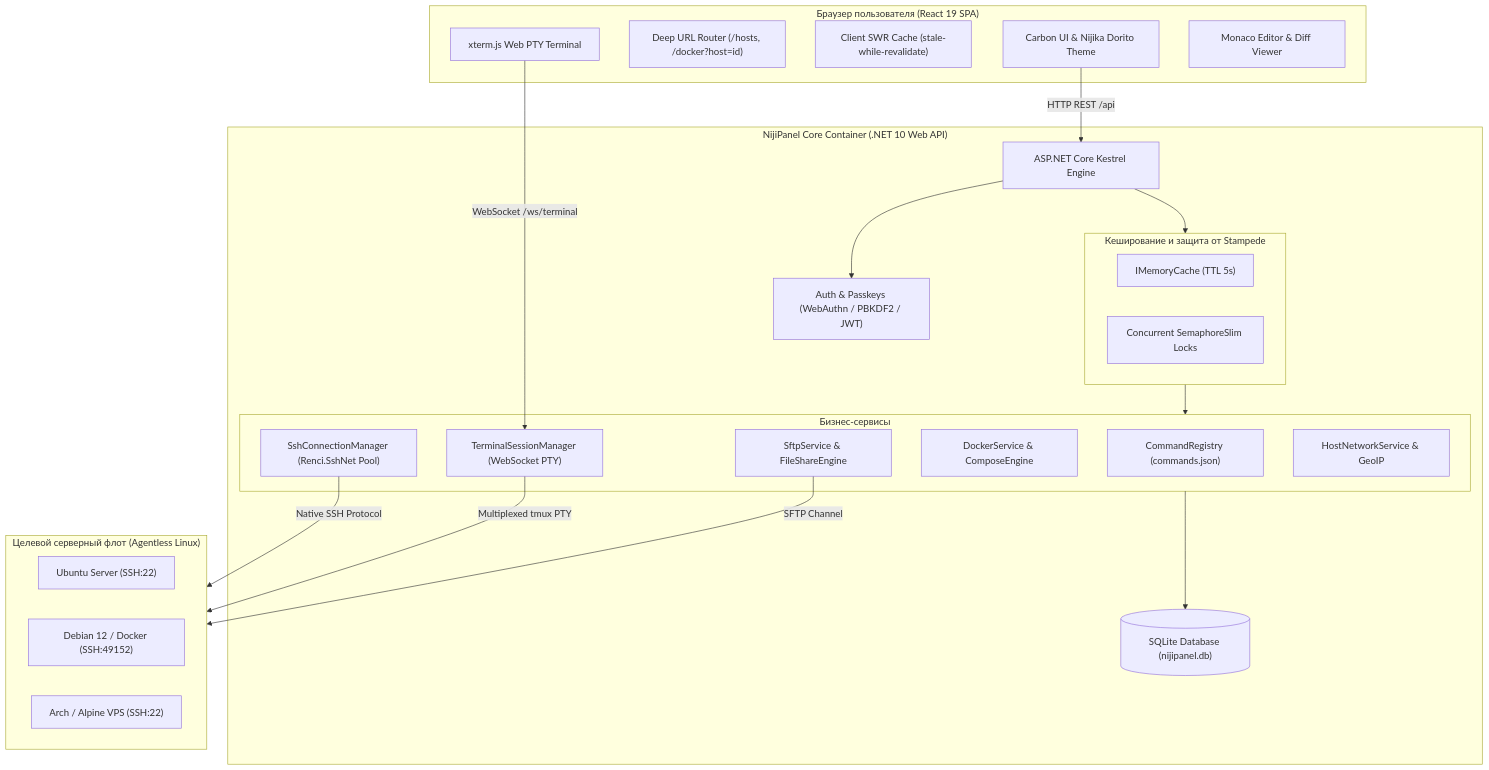
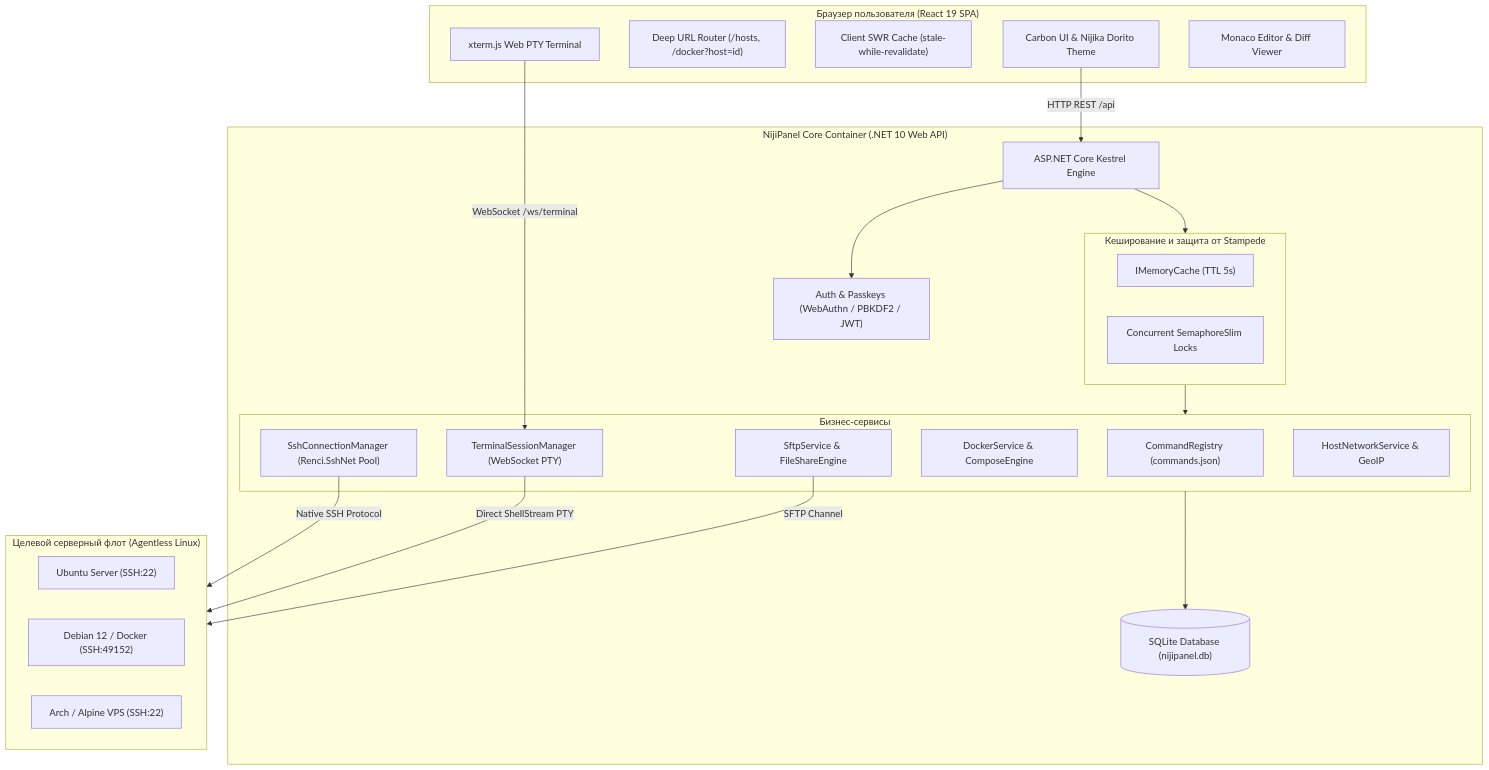
Before and after one commit to perdub/NijiPanel: the diagram in docs/architecture.md, drawn with Mermaid. The commit also changed other lines of this file and 31 other files, not shown here.

Commit message:
feat(core): overhaul terminal pty without tmux, fix database cascade, security and caching

````diff
--- a/docs/architecture.md
+++ b/docs/architecture.md
@@ -9,47 +9,47 @@
 ```mermaid
 flowchart TD
     subgraph Browser ["Браузер пользователя (React 19 SPA)"]
         UI["Carbon UI & Nijika Dorito Theme"]
         Router["Deep URL Router (/hosts, /docker?host=id)"]
         ClientCache["Client SWR Cache (stale-while-revalidate)"]
         XTerm["xterm.js Web PTY Terminal"]
         Monaco["Monaco Editor & Diff Viewer"]
     end
 
     subgraph Server ["NijiPanel Core Container (.NET 10 Web API)"]
         Kestrel["ASP.NET Core Kestrel Engine"]
         AuthSvc["Auth & Passkeys (WebAuthn / PBKDF2 / JWT)"]
         
         subgraph CachingLayer ["Кеширование и защита от Stampede"]
             MemCache["IMemoryCache (TTL 5s)"]
             StampedeLock["Concurrent SemaphoreSlim Locks"]
         end
 
         subgraph CoreServices ["Бизнес-сервисы"]
             CmdReg["CommandRegistry (commands.json)"]
             ConnMgr["SshConnectionManager (Renci.SshNet Pool)"]
             TermMgr["TerminalSessionManager (WebSocket PTY)"]
             DockerSvc["DockerService & ComposeEngine"]
             SftpSvc["SftpService & FileShareEngine"]
             NetSvc["HostNetworkService & GeoIP"]
         end
 
         DB[("SQLite Database (nijipanel.db)")]
     end
 
     subgraph Fleet ["Целевой серверный флот (Agentless Linux)"]
         Host1["Ubuntu Server (SSH:22)"]
         Host2["Debian 12 / Docker (SSH:49152)"]
         Host3["Arch / Alpine VPS (SSH:22)"]
     end
 
     UI -->|HTTP REST /api| Kestrel
     XTerm -->|WebSocket /ws/terminal| TermMgr
     Kestrel --> AuthSvc
     Kestrel --> CachingLayer
     CachingLayer --> CoreServices
     CoreServices --> DB
     ConnMgr -->|Native SSH Protocol| Fleet
-    TermMgr -->|Multiplexed tmux PTY| Fleet
+    TermMgr -->|Direct ShellStream PTY| Fleet
     SftpSvc -->|SFTP Channel| Fleet
 ```
````
